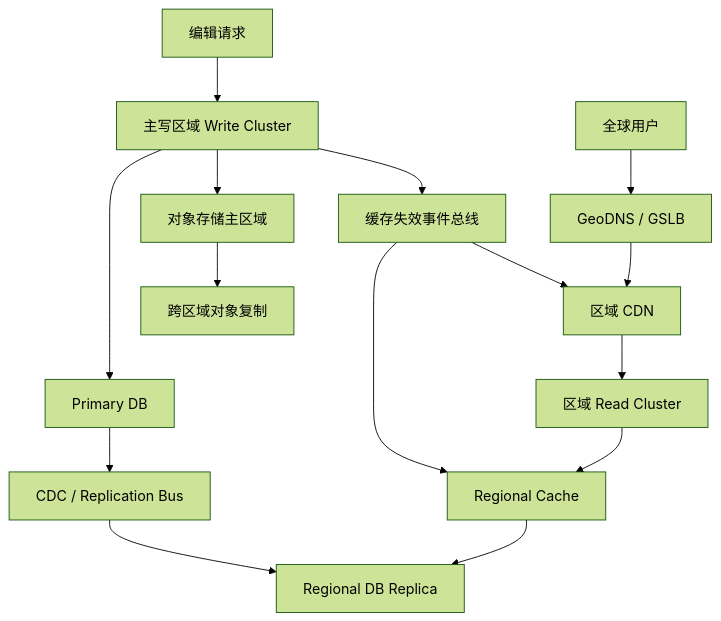
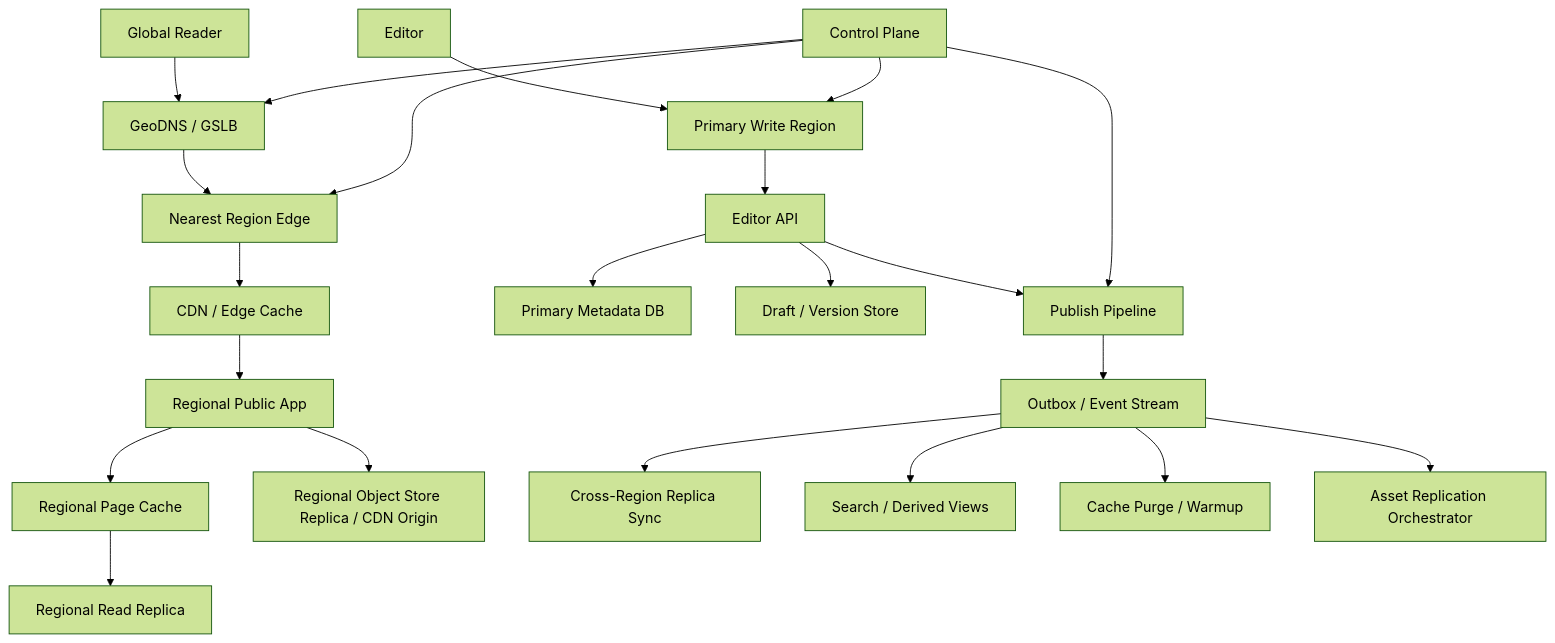
Before and after one commit to qxq1997/learning_stuff: the diagram in 系统设计/18_全球内容站多区域真题模拟.md, drawn with Mermaid (forest theme). The commit also changed other lines of this file and 11 other files, not shown here.

````diff
--- a/系统设计/18_全球内容站多区域真题模拟.md
+++ b/系统设计/18_全球内容站多区域真题模拟.md
@@ -88,17 +786,27 @@
 ```mermaid
 flowchart TD
-    A["全球用户"] --> B["GeoDNS / GSLB"]
-    B --> C["区域 CDN"]
-    C --> D["区域 Read Cluster"]
-    D --> E["Regional Cache"]
-    E --> F["Regional DB Replica"]
-    G["编辑请求"] --> H["主写区域 Write Cluster"]
-    H --> I["Primary DB"]
-    I --> J["CDC / Replication Bus"]
-    J --> F
-    H --> K["对象存储主区域"]
-    K --> L["跨区域对象复制"]
-    H --> M["缓存失效事件总线"]
-    M --> C
-    M --> E
+    A["Global Reader"] --> B["GeoDNS / GSLB"]
+    B --> C["Nearest Region Edge"]
+    C --> D["CDN / Edge Cache"]
+    D --> E["Regional Public App"]
+    E --> F["Regional Page Cache"]
+    F --> G["Regional Read Replica"]
+    E --> H["Regional Object Store Replica / CDN Origin"]
+
+    I["Editor"] --> J["Primary Write Region"]
+    J --> K["Editor API"]
+    K --> L["Primary Metadata DB"]
+    K --> M["Draft / Version Store"]
+    K --> N["Publish Pipeline"]
+
+    N --> O["Outbox / Event Stream"]
+    O --> P["Cross-Region Replica Sync"]
+    O --> Q["Search / Derived Views"]
+    O --> R["Cache Purge / Warmup"]
+    O --> S["Asset Replication Orchestrator"]
+
+    T["Control Plane"] --> B
+    T --> C
+    T --> J
+    T --> N
 ```
````
